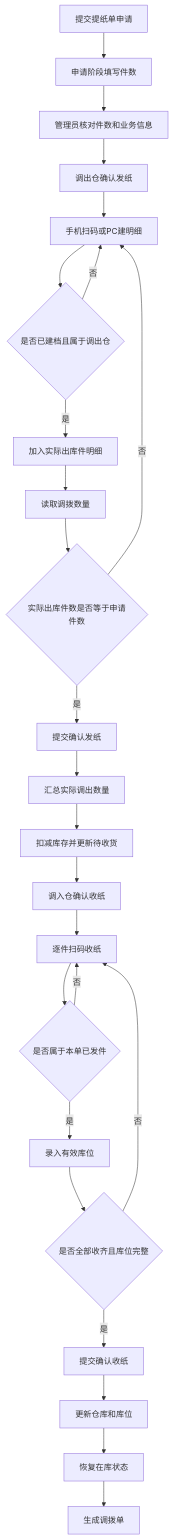
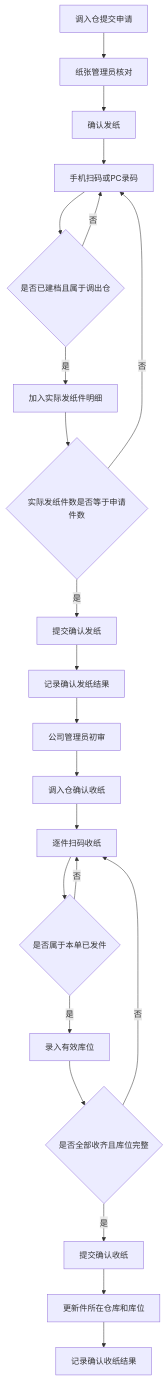
One commit to 22816523/math-kids changed the second of 2 diagrams in 3-纸张管理扫码出入库/纸张管理迭代需求文档_2026-03-18.md. Above: the diagram before and after it, drawn with Mermaid. The commit also changed other lines of this file and 2 other files, not shown here.

````diff
--- a/3-纸张管理扫码出入库/纸张管理迭代需求文档_2026-03-18.md
+++ b/3-纸张管理扫码出入库/纸张管理迭代需求文档_2026-03-18.md
@@ -340,27 +208,24 @@
 ```mermaid
 graph TD
-A[提交提纸单申请] --> B[申请阶段填写件数]
-B --> C[管理员核对件数和业务信息]
-C --> D[调出仓确认发纸]
-D --> E[手机扫码或PC建明细]
-E --> F{是否已建档且属于调出仓}
-F -->|否| E
-F -->|是| G[加入实际出库件明细]
-G --> H[读取调拨数量]
-H --> I{实际出库件数是否等于申请件数}
-I -->|否| E
-I -->|是| J[提交确认发纸]
-J --> K[汇总实际调出数量]
-K --> L[扣减库存并更新待收货]
-L --> M[调入仓确认收纸]
-M --> N[逐件扫码收纸]
-N --> O{是否属于本单已发件}
-O -->|否| N
-O -->|是| P[录入有效库位]
-P --> Q{是否全部收齐且库位完整}
-Q -->|否| N
-Q -->|是| R[提交确认收纸]
-R --> S[更新仓库和库位]
-S --> T[恢复在库状态]
-T --> U[生成调拨单]
+A[调入仓提交申请] --> B[纸张管理员核对]
+B --> C[确认发纸]
+C --> D[手机扫码或PC录码]
+D --> E{是否已建档且属于调出仓}
+E -->|否| D
+E -->|是| F[加入实际发纸件明细]
+F --> G{实际发纸件数是否等于申请件数}
+G -->|否| D
+G -->|是| H[提交确认发纸]
+H --> I[记录确认发纸结果]
+I --> J[公司管理员初审]
+J --> K[调入仓确认收纸]
+K --> L[逐件扫码收纸]
+L --> M{是否属于本单已发件}
+M -->|否| L
+M -->|是| N[录入有效库位]
+N --> O{是否全部收齐且库位完整}
+O -->|否| L
+O -->|是| P[提交确认收纸]
+P --> Q[更新件所在仓库和库位]
+Q --> R[记录确认收纸结果]
 ```
````
